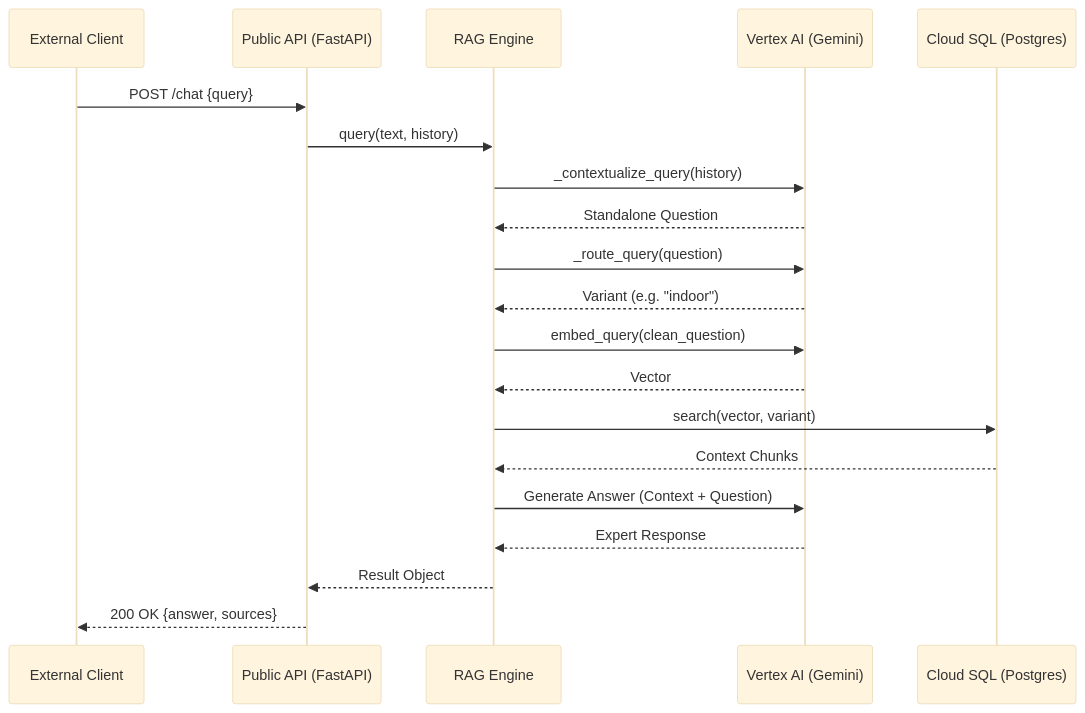
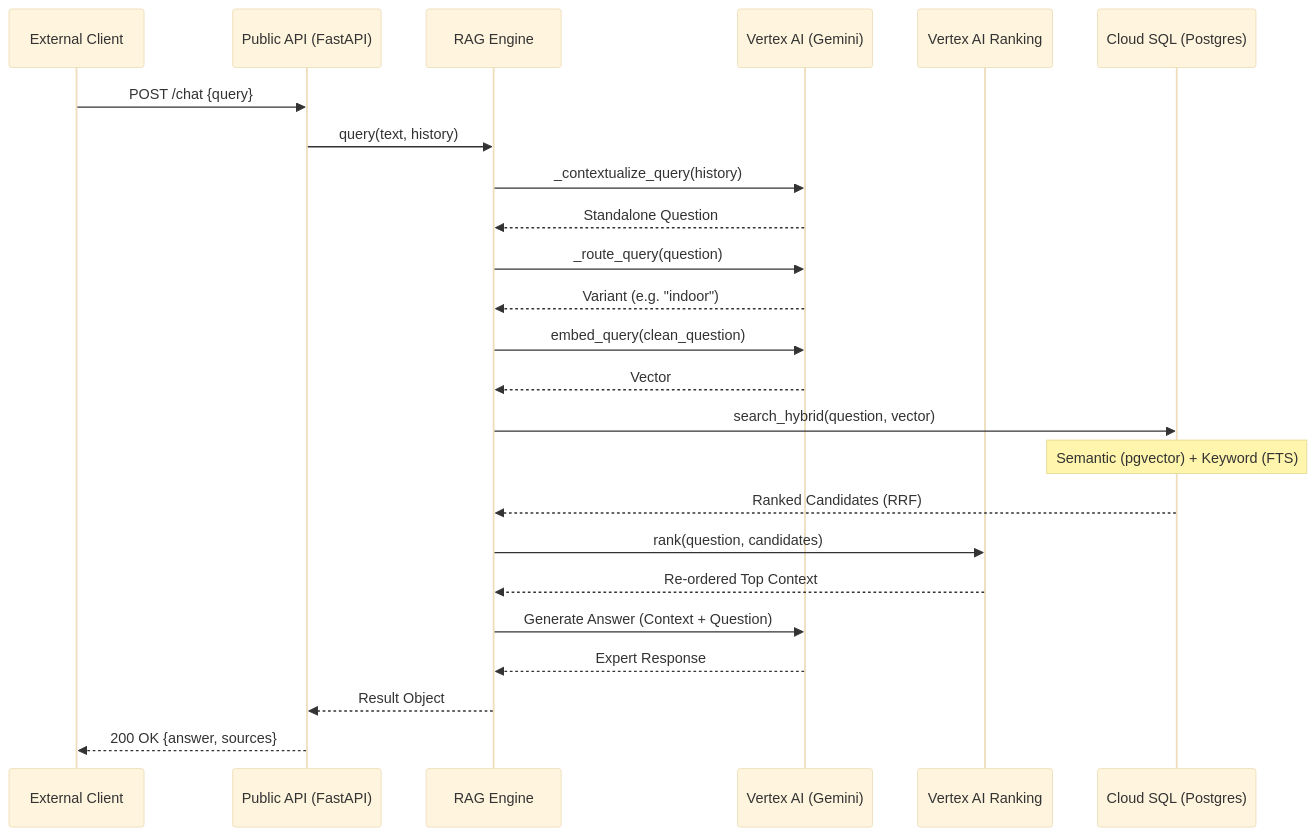
One commit to bavobbr/fih-rules-engine changed the second of 2 diagrams in README.md. Above: the diagram before and after it, drawn with Mermaid (base theme). The commit also changed other lines of this file and 8 other files, not shown here.

Commit message:
feat: Implement hybrid search and local data loading, significantly improving RAG evaluation metrics.

````diff
--- a/README.md
+++ b/README.md
@@ -72,23 +75,27 @@
 ```mermaid
 sequenceDiagram
     participant Client as External Client
     participant API as Public API (FastAPI)
     participant Engine as RAG Engine
     participant Vertex as Vertex AI (Gemini)
+    participant Rank as Vertex AI Ranking
     participant DB as Cloud SQL (Postgres)
 
     Client->>API: POST /chat {query}
     API->>Engine: query(text, history)
     Engine->>Vertex: _contextualize_query(history)
     Vertex-->>Engine: Standalone Question
     Engine->>Vertex: _route_query(question)
     Vertex-->>Engine: Variant (e.g. "indoor")
     Engine->>Vertex: embed_query(clean_question)
     Vertex-->>Engine: Vector
-    Engine->>DB: search(vector, variant)
-    DB-->>Engine: Context Chunks
+    Engine->>DB: search_hybrid(question, vector)
+    Note over DB: Semantic (pgvector) + Keyword (FTS)
+    DB-->>Engine: Ranked Candidates (RRF)
+    Engine->>Rank: rank(question, candidates)
+    Rank-->>Engine: Re-ordered Top Context
     Engine->>Vertex: Generate Answer (Context + Question)
     Vertex-->>Engine: Expert Response
     Engine-->>API: Result Object
     API-->>Client: 200 OK {answer, sources}
 ```
````
